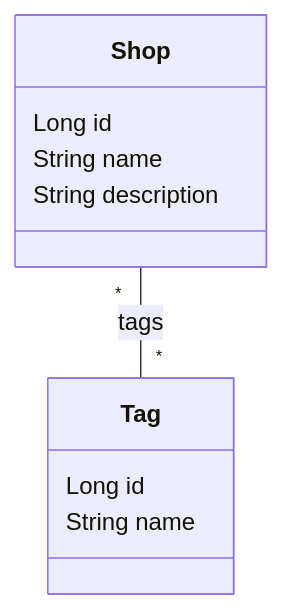
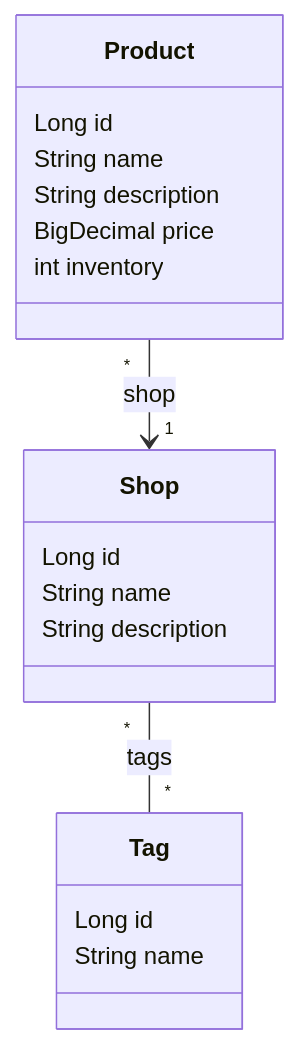
Before and after one commit to JacobA31/Mini-Shopify: the first of 2 diagrams in README.md, drawn with Mermaid. The commit also changed other lines of this file, not shown here.

First line of the commit message:
Add Product class and update database schema

````diff
--- a/README.md
+++ b/README.md
@@ -95,13 +95,21 @@
 ```mermaid
 classDiagram
     class Shop {
         Long id
         String name
         String description
     }
     class Tag {
         Long id
         String name
     }
+    class Product {
+        Long id
+        String name
+        String description
+        BigDecimal price
+        int inventory
+    }
     Shop "*" -- "*" Tag : tags
+    Product "*" --> "1" Shop : shop
 ```
````
